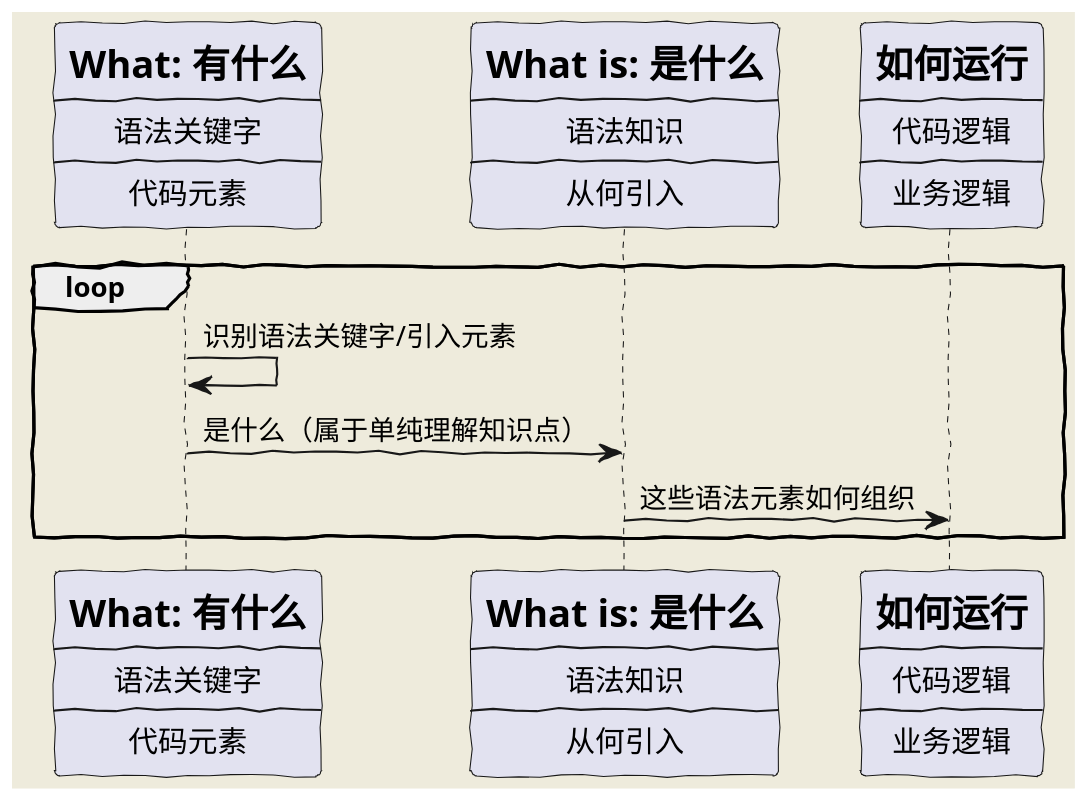
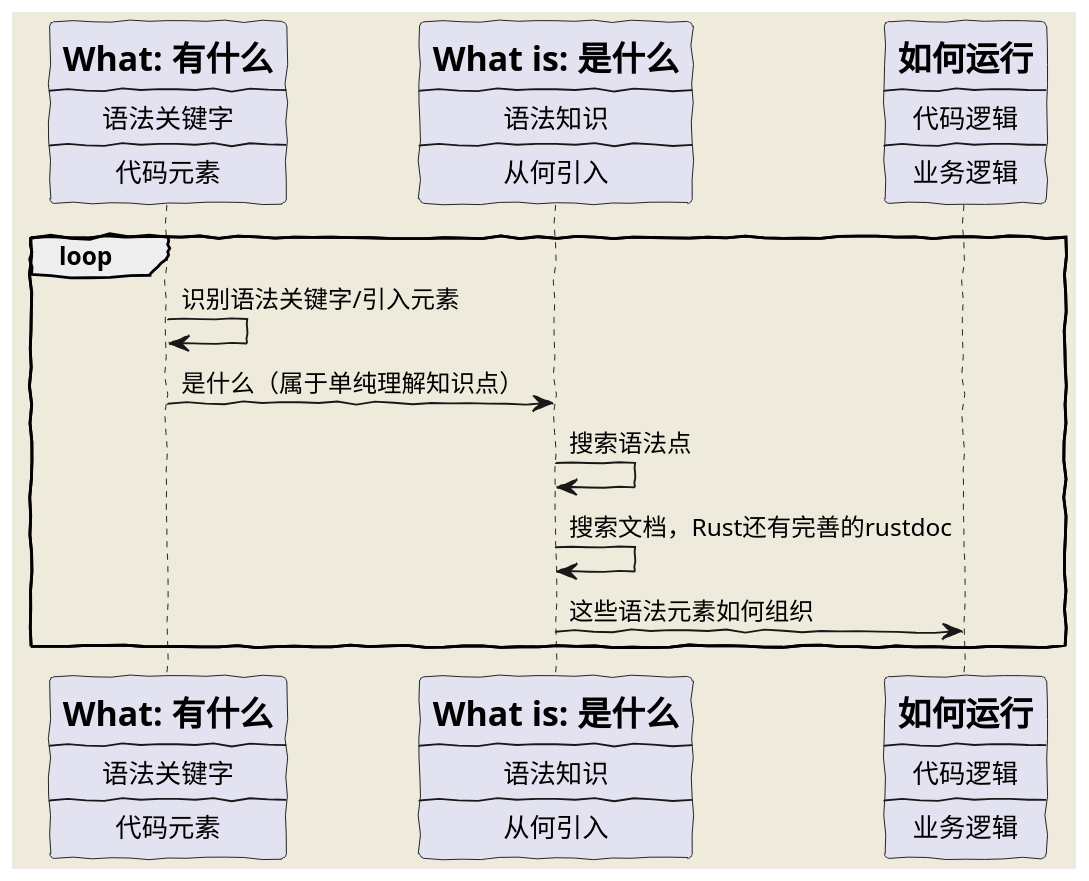
Before and after one commit to KuanHsiaoKuo/think-tool-kit: the diagram in materials/source_code_2w1h.puml, drawn with PlantUML.

```diff
--- a/materials/source_code_2w1h.puml
+++ b/materials/source_code_2w1h.puml
@@ -1,31 +1,33 @@
 @startuml
 skinparam backgroundColor #EEEBDC
 skinparam handwritten true
 scale 850 width
 participant What [
     =What: 有什么
     ----
     语法关键字
     ----
     代码元素
 ]
 participant What_is[
     =What is: 是什么
     ----
     语法知识
     ----
     从何引入
 ]
 participant How[
     =如何运行
     ----
     代码逻辑
     ----
     业务逻辑
 ]
 loop
 What -> What: 识别语法关键字/引入元素
 What -> What_is: 是什么（属于单纯理解知识点）
+What_is -> What_is: 搜索语法点
+What_is -> What_is: 搜索文档，Rust还有完善的rustdoc
 What_is -> How: 这些语法元素如何组织
 end
 @enduml
```
